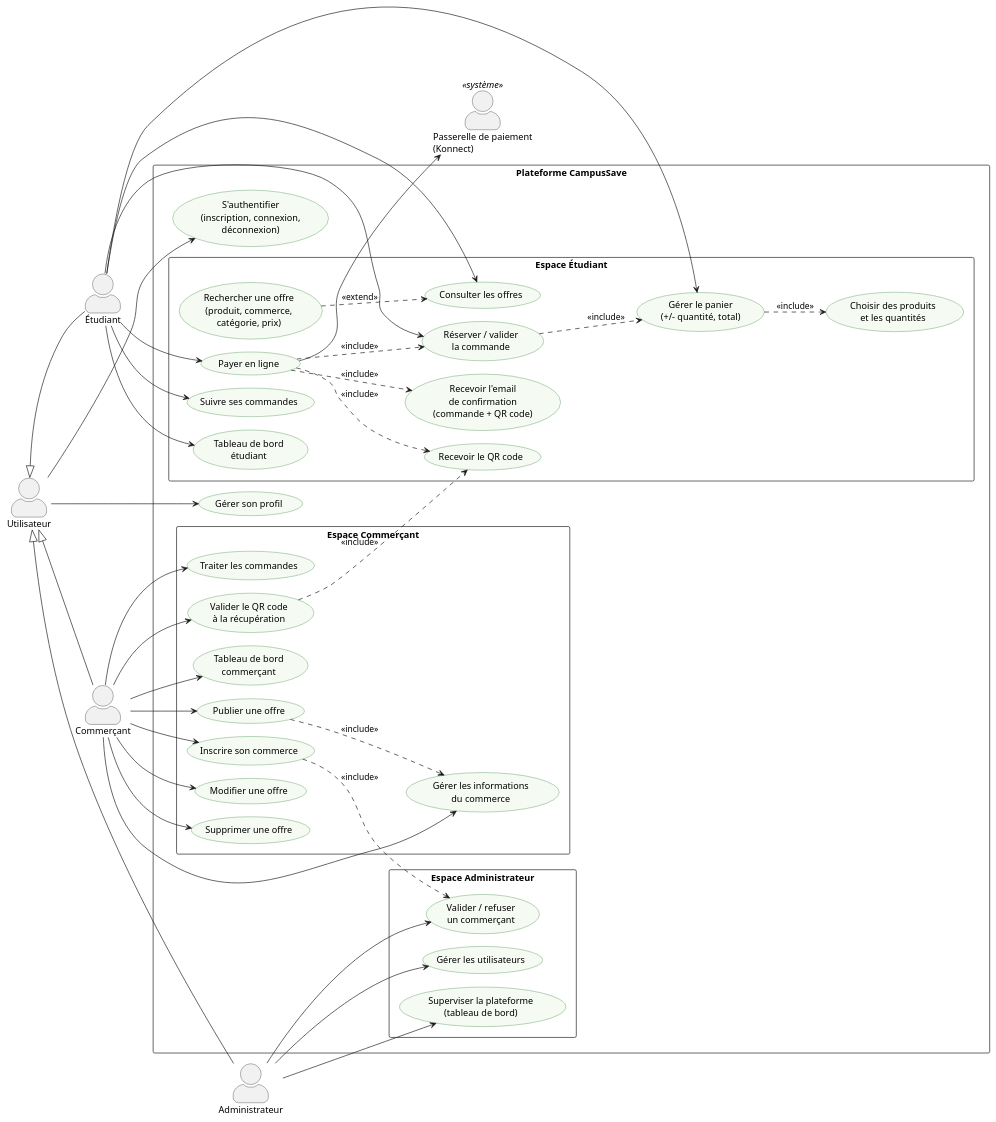
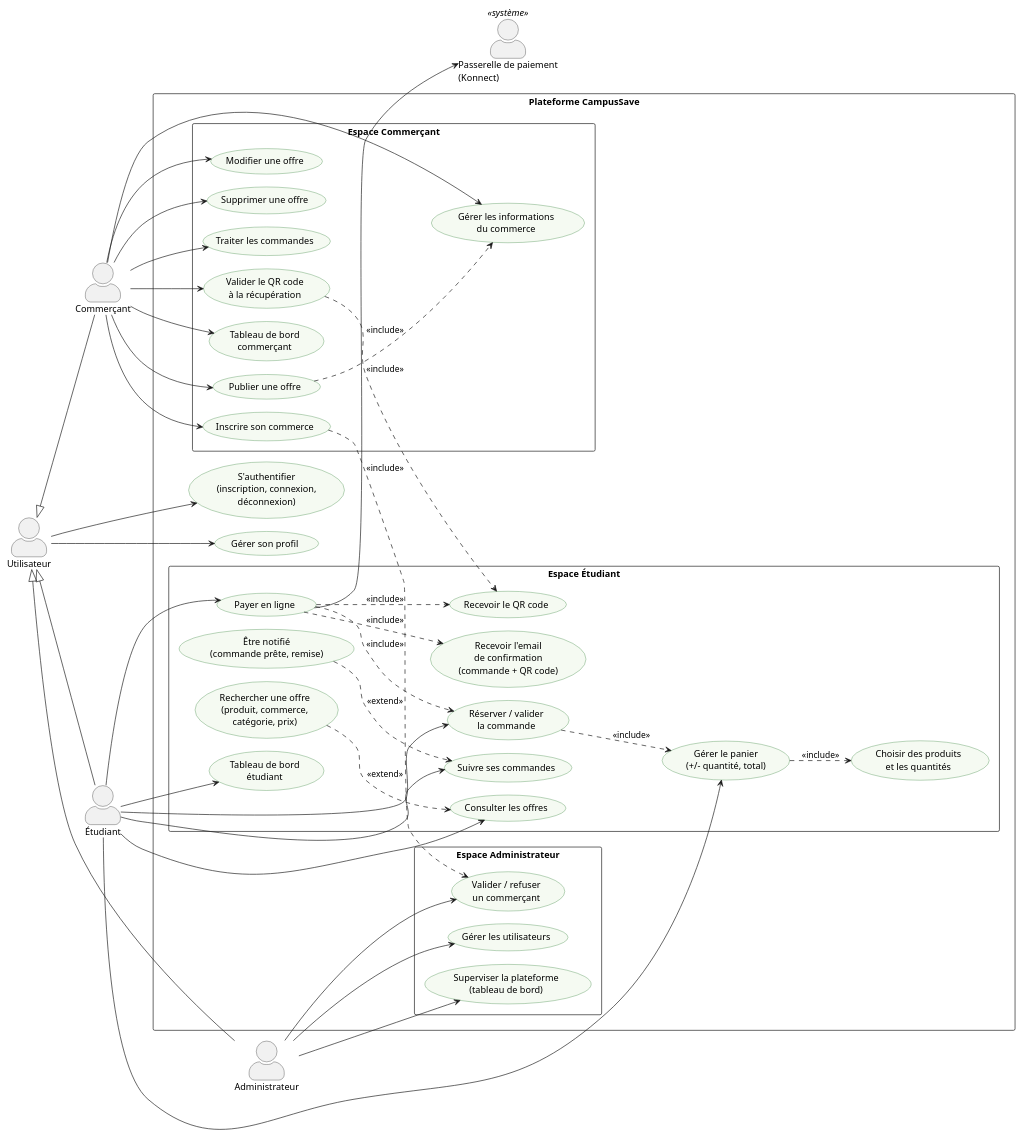
Before and after one commit to RanimObaia/CAMPUSSAVE: the diagram in docs/uml/cas_utilisation.puml, drawn with PlantUML. The commit also changed 63 other files, not shown here.

Commit message:
Finition : design final, stats, seed, rapport et UML a jour

```diff
--- a/docs/uml/cas_utilisation.puml
+++ b/docs/uml/cas_utilisation.puml
@@ -1,98 +1,100 @@
 @startuml
 left to right direction
 skinparam shadowing false
 skinparam packageStyle rectangle
 skinparam ranksep 35
 skinparam nodesep 20
 skinparam usecase {
   BackgroundColor #F5FAF2
   BorderColor #2E7D32
 }
 skinparam actorStyle awesome
 
 actor "Utilisateur" as USR
 actor "Étudiant" as ETU
 actor "Commerçant" as COM
 actor "Administrateur" as ADM
 actor "Passerelle de paiement\n(Konnect)" as KON <<système>>
 
 rectangle "Plateforme CampusSave" {
 
   usecase "S'authentifier\n(inscription, connexion,\ndéconnexion)" as AUTH
   usecase "Gérer son profil" as PRO
 
   package "Espace Étudiant" as PE {
     usecase "Consulter les offres" as CONS
     usecase "Rechercher une offre\n(produit, commerce,\ncatégorie, prix)" as REC
     usecase "Choisir des produits\net les quantités" as CHOIX
     usecase "Gérer le panier\n(+/- quantité, total)" as PAN
     usecase "Réserver / valider\nla commande" as RES
     usecase "Payer en ligne" as PAY
     usecase "Recevoir le QR code" as QR
     usecase "Recevoir l'email\nde confirmation\n(commande + QR code)" as MAIL
     usecase "Suivre ses commandes" as SUIVI
+    usecase "Être notifié\n(commande prête, remise)" as NOTIF
     usecase "Tableau de bord\nétudiant" as DBE
   }
 
   package "Espace Commerçant" as PC {
     usecase "Inscrire son commerce" as COMINS
     usecase "Gérer les informations\ndu commerce" as COMINFO
     usecase "Publier une offre" as PUB
     usecase "Modifier une offre" as MOD
     usecase "Supprimer une offre" as SUP
     usecase "Traiter les commandes" as TRAIT
     usecase "Valider le QR code\nà la récupération" as VAL
     usecase "Tableau de bord\ncommerçant" as DBC
   }
 
   package "Espace Administrateur" as PA {
     usecase "Valider / refuser\nun commerçant" as VC
     usecase "Gérer les utilisateurs" as GU
     usecase "Superviser la plateforme\n(tableau de bord)" as DBA
   }
 }
 
 ' --- Généralisation des acteurs ---
 USR <|-- ETU
 USR <|-- COM
 USR <|-- ADM
 
 USR --> AUTH
 USR --> PRO
 
 ' --- Étudiant ---
 ETU --> CONS
 ETU --> PAN
 ETU --> RES
 ETU --> PAY
 ETU --> SUIVI
 ETU --> DBE
 
 ' --- Commerçant ---
 COM --> COMINS
 COM --> COMINFO
 COM --> PUB
 COM --> MOD
 COM --> SUP
 COM --> TRAIT
 COM --> VAL
 COM --> DBC
 
 ' --- Administrateur ---
 ADM --> VC
 ADM --> GU
 ADM --> DBA
 
 ' --- Relations entre cas ---
 REC ..> CONS : <<extend>>
+NOTIF ..> SUIVI : <<extend>>
 PAN ..> CHOIX : <<include>>
 RES ..> PAN : <<include>>
 PAY ..> RES : <<include>>
 PAY ..> QR : <<include>>
 PAY ..> MAIL : <<include>>
 VAL ..> QR : <<include>>
 PUB ..> COMINFO : <<include>>
 COMINS ..> VC : <<include>>
 
 PAY --> KON
 @enduml
```
